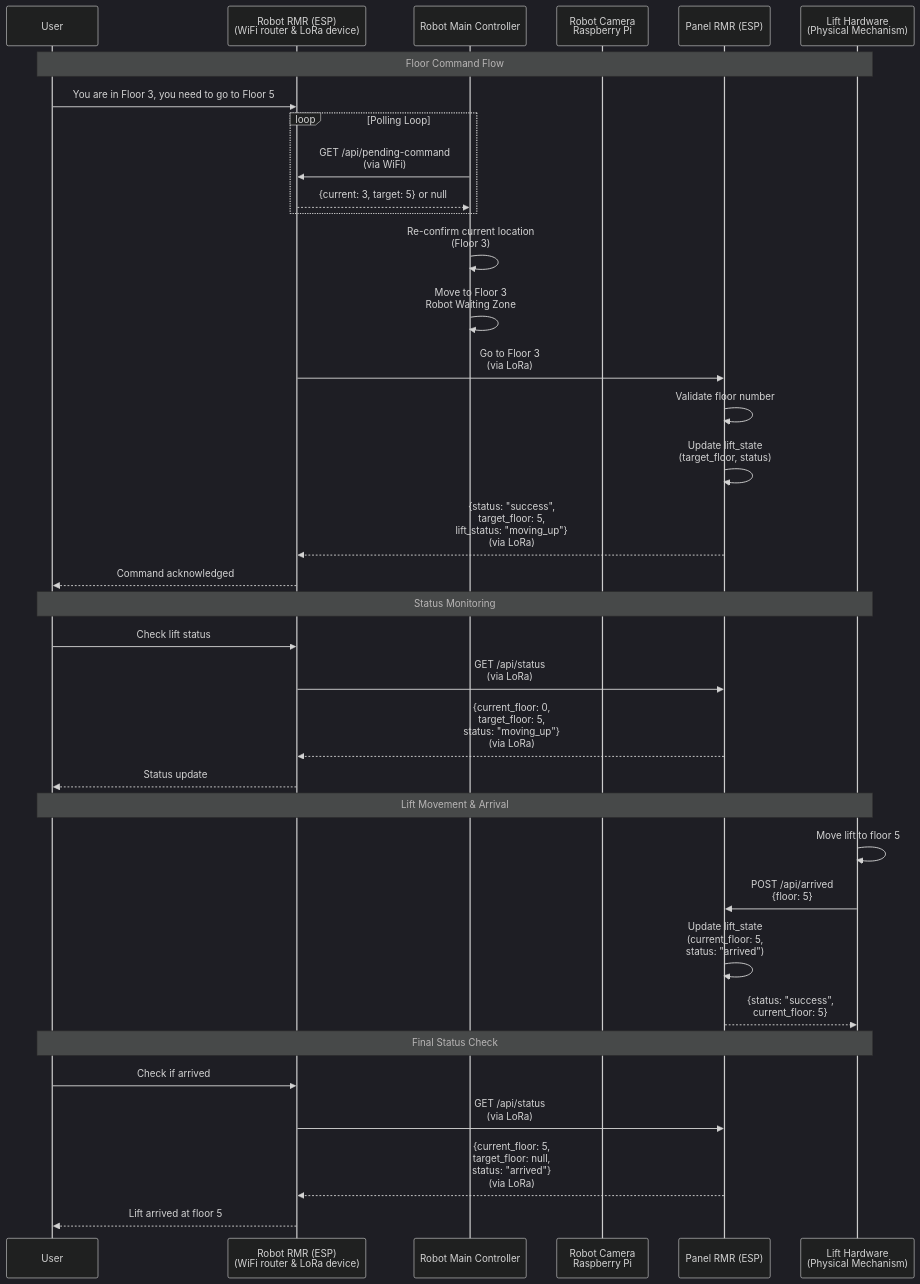
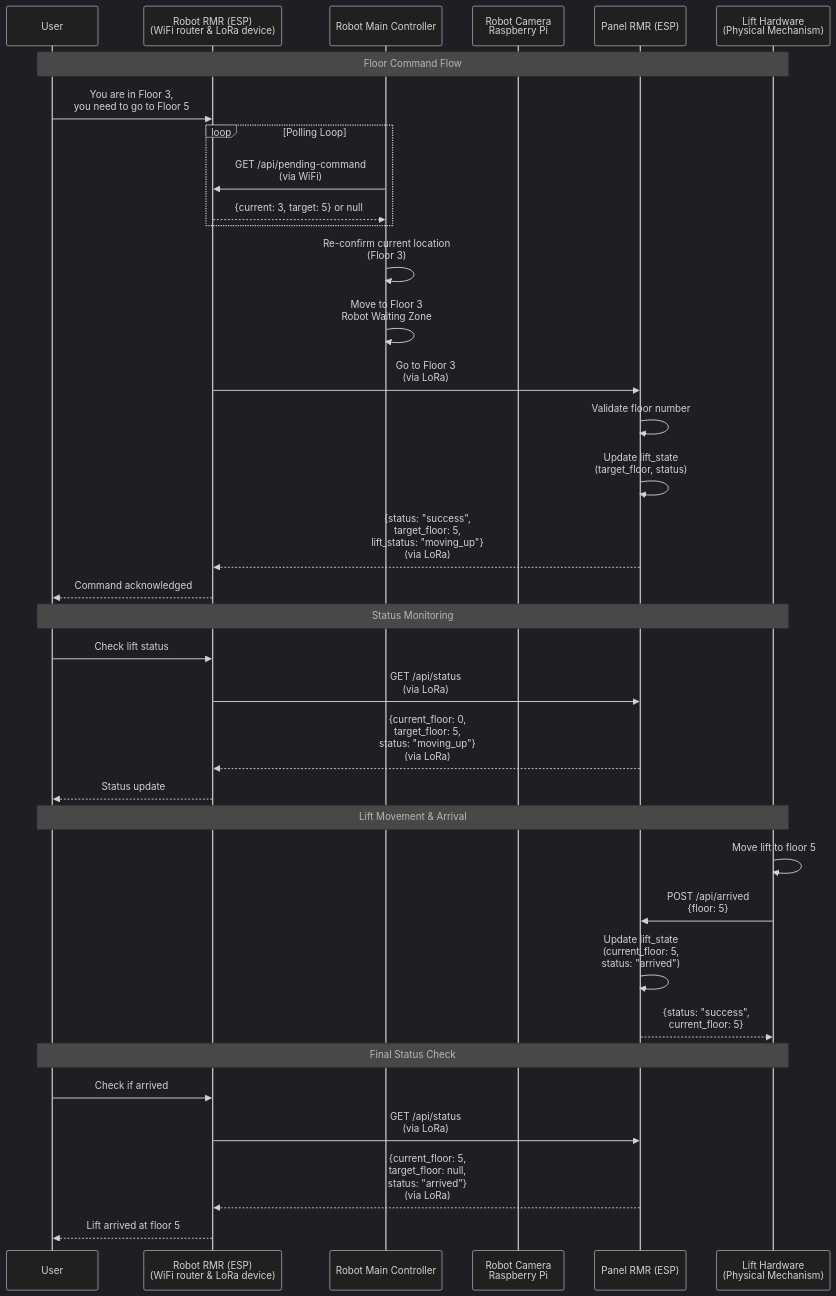
Before and after one commit to in-is-ah/rmr: the first of 2 diagrams in sequence_diagram.md, drawn with Mermaid (dark theme).

Commit message:
Update message format in sequence diagram

````diff
--- a/sequence_diagram.md
+++ b/sequence_diagram.md
@@ -5,41 +5,41 @@
 ```mermaid
 sequenceDiagram
     participant User
     participant ClientPi as Robot RMR (ESP)<br/>(WiFi router & LoRa device)
     participant RobotMainController as Robot Main Controller
     participant CameraModule as Robot Camera<br/>Raspberry Pi
     participant LiftService as Panel RMR (ESP)
     participant LiftHardware as Lift Hardware<br/>(Physical Mechanism)
 
     Note over User,LiftHardware: Floor Command Flow
-    User->>ClientPi: You are in Floor 3, you need to go to Floor 5
+    User->>ClientPi: You are in Floor 3,<br/>you need to go to Floor 5
     loop Polling Loop
         RobotMainController->>ClientPi: GET /api/pending-command<br/>(via WiFi)
         ClientPi-->>RobotMainController: {current: 3, target: 5} or null
     end
     RobotMainController->>RobotMainController: Re-confirm current location<br/>(Floor 3)
     RobotMainController->>RobotMainController: Move to Floor 3<br/>Robot Waiting Zone
     ClientPi->>LiftService: Go to Floor 3<br/>(via LoRa)
     LiftService->>LiftService: Validate floor number
     LiftService->>LiftService: Update lift_state<br/>(target_floor, status)
     LiftService-->>ClientPi: {status: "success",<br/>target_floor: 5,<br/>lift_status: "moving_up"}<br/>(via LoRa)
     ClientPi-->>User: Command acknowledged
     
     Note over User,LiftHardware: Status Monitoring
     User->>ClientPi: Check lift status
     ClientPi->>LiftService: GET /api/status<br/>(via LoRa)
     LiftService-->>ClientPi: {current_floor: 0,<br/>target_floor: 5,<br/>status: "moving_up"}<br/>(via LoRa)
     ClientPi-->>User: Status update
     
     Note over User,LiftHardware: Lift Movement & Arrival
     LiftHardware->>LiftHardware: Move lift to floor 5
     LiftHardware->>LiftService: POST /api/arrived<br/>{floor: 5}
     LiftService->>LiftService: Update lift_state<br/>(current_floor: 5,<br/>status: "arrived")
     LiftService-->>LiftHardware: {status: "success",<br/>current_floor: 5}
     
     Note over User,LiftHardware: Final Status Check
     User->>ClientPi: Check if arrived
     ClientPi->>LiftService: GET /api/status<br/>(via LoRa)
     LiftService-->>ClientPi: {current_floor: 5,<br/>target_floor: null,<br/>status: "arrived"}<br/>(via LoRa)
     ClientPi-->>User: Lift arrived at floor 5
 ```
````
